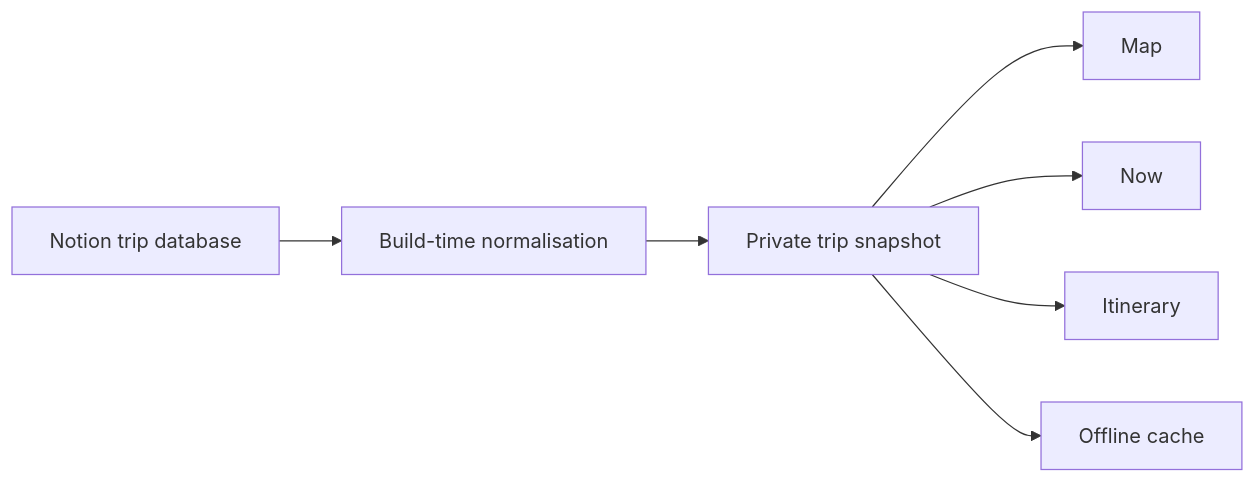
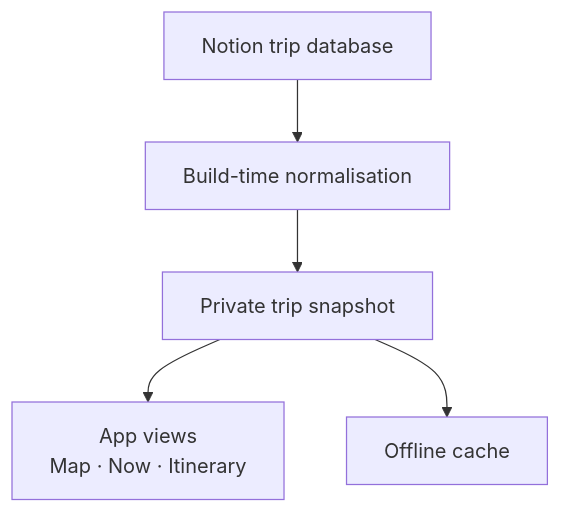
One commit to kud/kud.io changed the diagram in content/blog/a-road-trip-that-fits-in-one-tab.md. Above: the diagram before and after it, drawn with Mermaid. The commit also changed other lines of this file and 6 other files, not shown here.

````diff
--- a/content/blog/a-road-trip-that-fits-in-one-tab.md
+++ b/content/blog/a-road-trip-that-fits-in-one-tab.md
@@ -29,9 +29,7 @@
 ```mermaid
-flowchart LR
+flowchart TD
   A["Notion trip database"] --> B["Build-time normalisation"]
   B --> C["Private trip snapshot"]
-  C --> D["Map"]
-  C --> E["Now"]
-  C --> F["Itinerary"]
+  C --> D["App views<br>Map · Now · Itinerary"]
   C --> G["Offline cache"]
 ```
````
